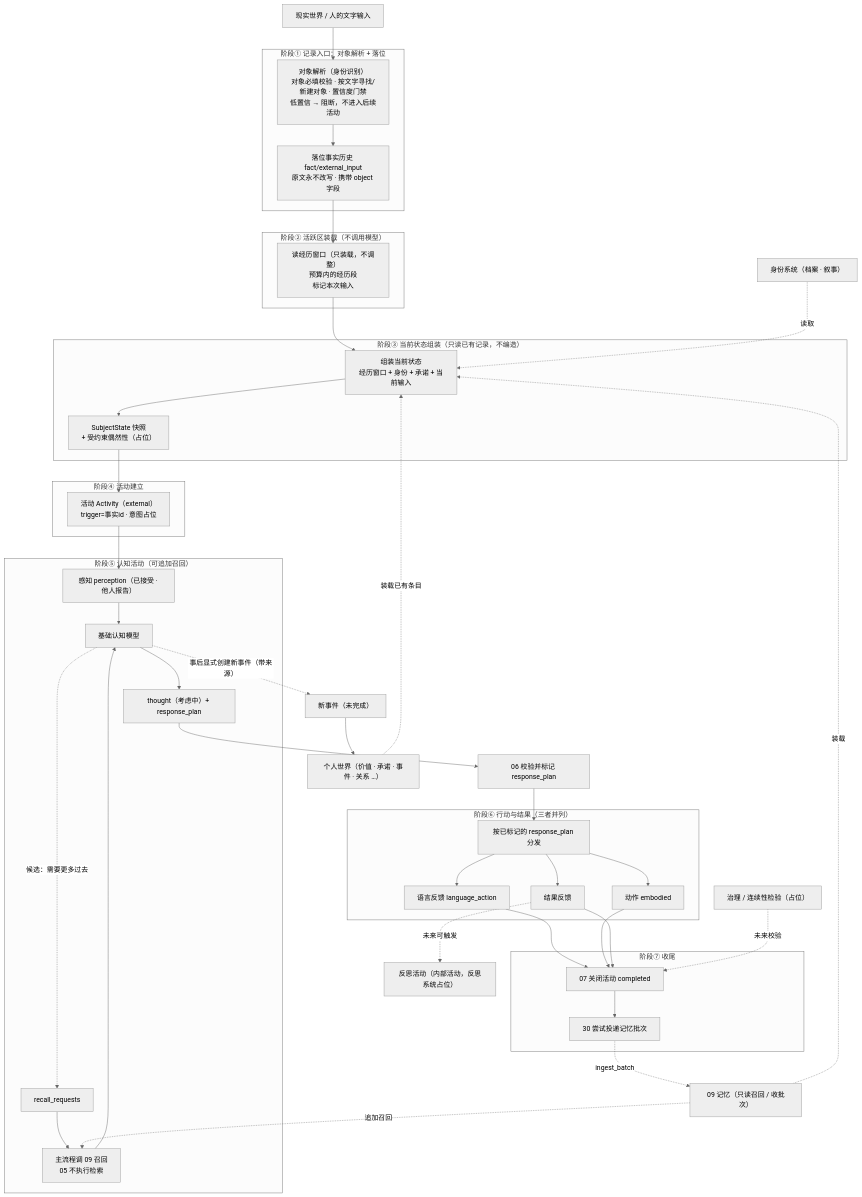
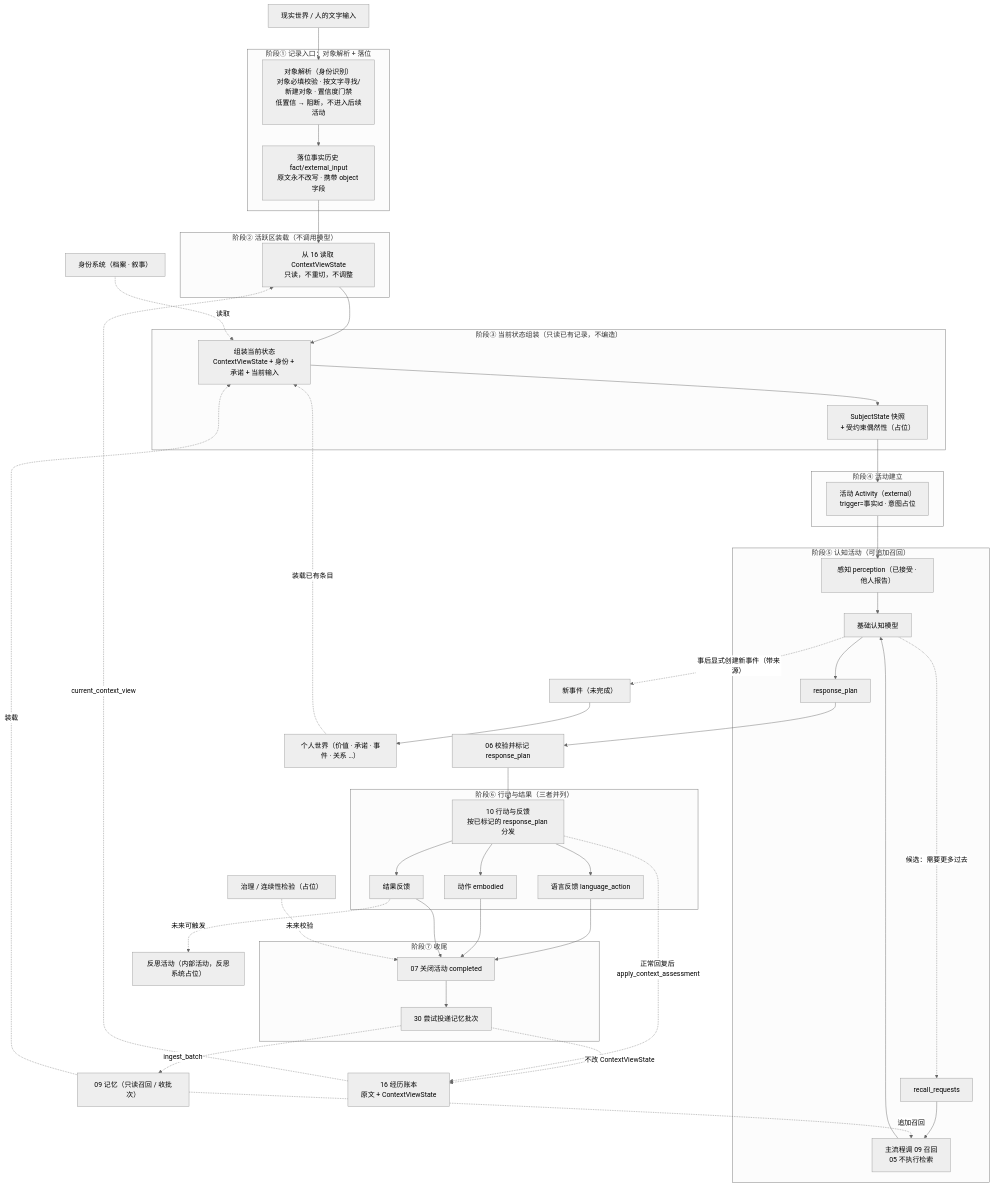
The diagram in doc/design/00-流程总览与输入边界.md (Llllsuhdjhhd/JShi), drawn with Mermaid (neutral theme) before and after one commit. The commit also changed other lines of this file and 28 other files, not shown here.

First line of the commit message:
feat: keep context as an incrementally edited view on the experience ledger

```diff
--- a/doc/design/00-流程总览与输入边界.md
+++ b/doc/design/00-流程总览与输入边界.md
@@ -27,13 +27,13 @@
     P2 --> P3
 
     subgraph S2["阶段② 活跃区装载（不调用模型）"]
-        P3["读经历窗口（只装载，不调整）<br/>预算内的经历段<br/>标记本次输入"]
+        P3["从 16 读取 ContextViewState<br/>只读，不重切，不调整"]
     end
 
     P3 --> P5
 
     subgraph S3["阶段③ 当前状态组装（只读已有记录，不编造）"]
-        P5["组装当前状态<br/>经历窗口 + 身份 + 承诺 + 当前输入"]
+        P5["组装当前状态<br/>ContextViewState + 身份 + 承诺 + 当前输入"]
         P5 --> P5C["SubjectState 快照<br/>+ 受约束偶然性（占位）"]
     end
 
@@ -48,7 +48,7 @@
     subgraph S5["阶段⑤ 认知活动（可追加召回）"]
         P7["感知 perception（已接受 · 他人报告）"]
         P8["基础认知模型"]
-        P9["thought（考虑中）+ response_plan"]
+        P9["response_plan"]
         P7 --> P8
         P8 --> P9
         P8 -. "候选：需要更多过去" .-> Q1["recall_requests"]
@@ -60,7 +60,7 @@
     P06 --> P10
 
     subgraph S6["阶段⑥ 行动与结果（三者并列）"]
-        P10["按已标记的 response_plan 分发"]
+        P10["10 行动与反馈<br/>按已标记的 response_plan 分发"]
         L["语言反馈 language_action"]
         A["动作 embodied"]
         R["结果反馈"]
@@ -81,12 +81,16 @@
 
     ID["身份系统（档案 · 叙事）"]
     PW["个人世界（价值 · 承诺 · 事件 · 关系 …）"]
+    LED["16 经历账本<br/>原文 + ContextViewState"]
     MEM["09 记忆（只读召回 / 收批次）"]
     ID -. "读取" .-> P5
     PW -. "装载已有条目" .-> P5
+    LED -. "current_context_view" .-> P3
     MEM -. "装载" .-> P5
     MEM -. "追加召回" .-> Q2
     P12 -. "ingest_batch" .-> MEM
+    P12 -. "不改 ContextViewState" .-> LED
+    P10 -. "正常回复后 apply_context_assessment" .-> LED
 
     G1["治理 / 连续性检验（占位）"] -. "未来校验" .-> P11
     P8 -. "事后显式创建新事件（带来源）" .-> N1["新事件（未完成）"]
```
